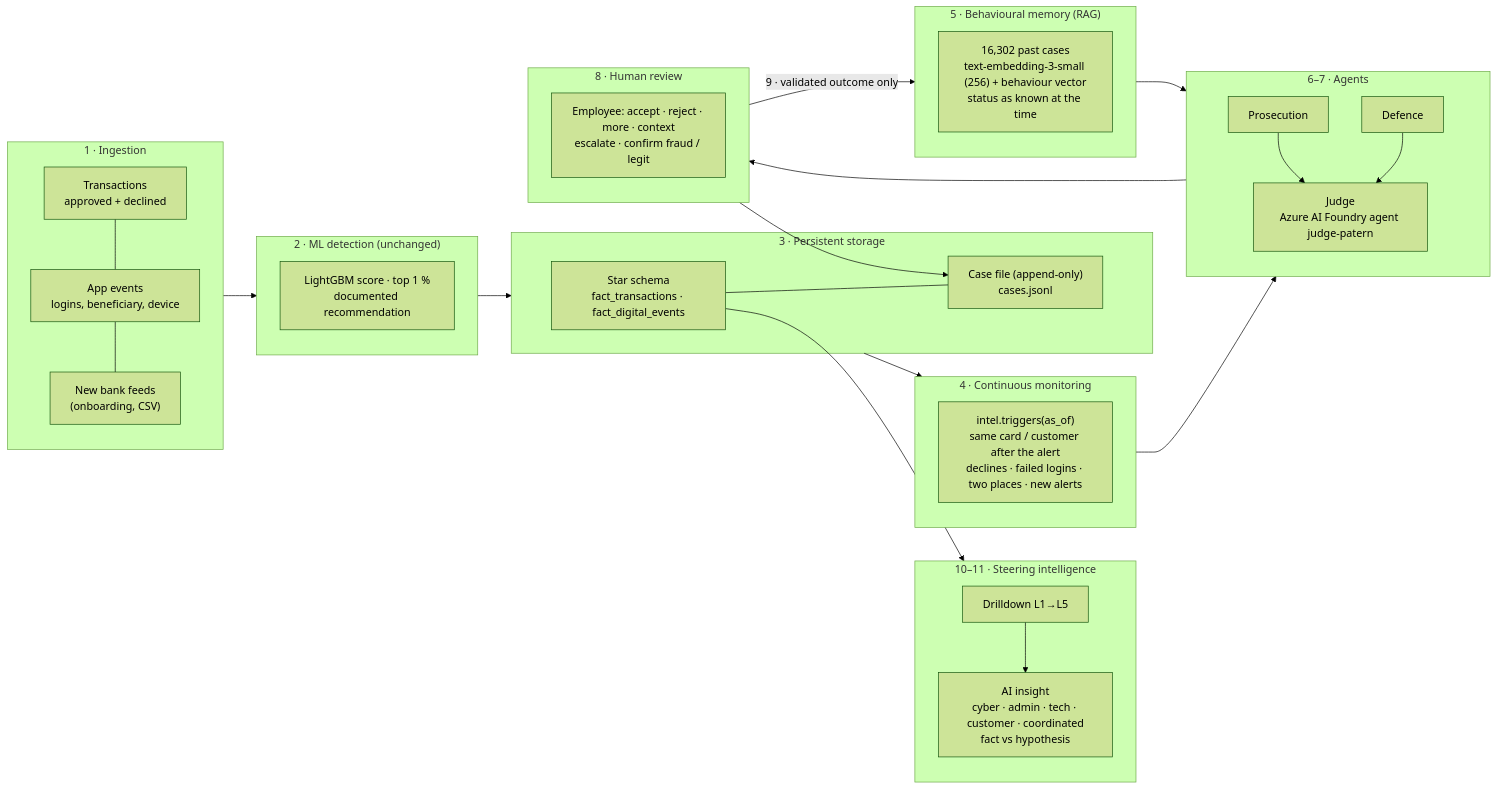
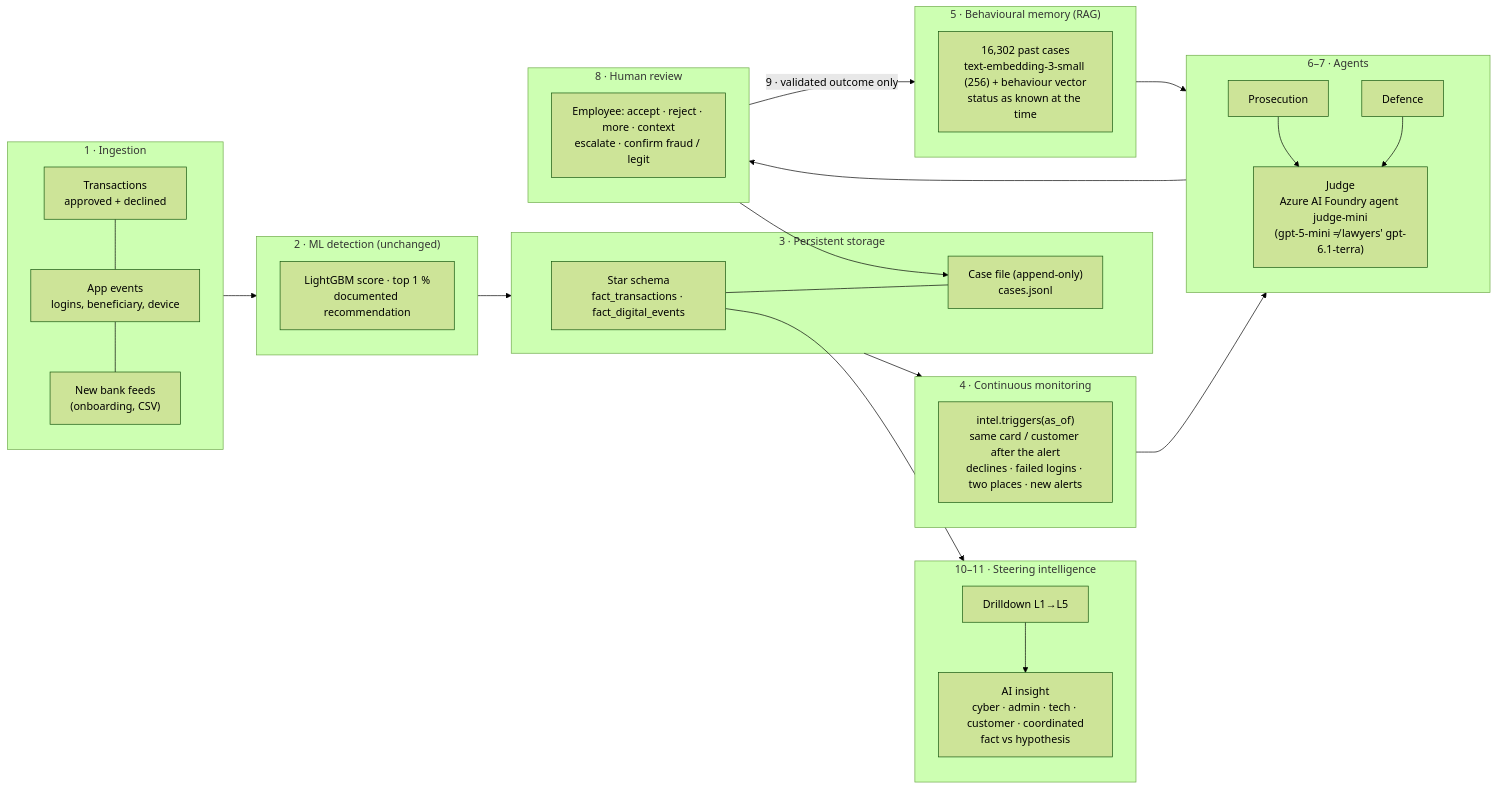
Before and after one commit to hack-australiaeast-01/hyson-detector: the second of 4 diagrams in docs/ARCHITECTURE.md, drawn with Mermaid (forest theme). The commit also changed other lines of this file and 9 other files, not shown here.

Commit message:
Judges on a different model from the lawyers: case page judged by Foundry agent judge-mini (gpt-5-mini) while gpt-6.1-terra argues; Le Proces judged by judge-patern (gpt-6.1-terra) while gpt-5-mini argues; cross-model fallbacks; judge decision codes normalised; demo trials re-warmed; 2 tests

````diff
--- a/docs/ARCHITECTURE.md
+++ b/docs/ARCHITECTURE.md
@@ -246,33 +246,33 @@
 ```mermaid
 flowchart LR
     subgraph IN["1 · Ingestion"]
         TX["Transactions<br/>approved + declined"] --- EV["App events<br/>logins, beneficiary, device"] --- NB["New bank feeds<br/>(onboarding, CSV)"]
     end
     subgraph ML["2 · ML detection (unchanged)"]
         SC["LightGBM score · top 1 %<br/>documented recommendation"]
     end
     subgraph ST["3 · Persistent storage"]
         STAR["Star schema<br/>fact_transactions · fact_digital_events"] --- CASES["Case file (append-only)<br/>cases.jsonl"]
     end
     subgraph MON["4 · Continuous monitoring"]
         TRIG["intel.triggers(as_of)<br/>same card / customer after the alert<br/>declines · failed logins · two places · new alerts"]
     end
     subgraph RAG["5 · Behavioural memory (RAG)"]
         MEM["16,302 past cases<br/>text-embedding-3-small (256) + behaviour vector<br/>status as known at the time"]
     end
     subgraph AG["6–7 · Agents"]
-        P["Prosecution"] --> J["Judge<br/>Azure AI Foundry agent judge-patern"]
+        P["Prosecution"] --> J["Judge<br/>Azure AI Foundry agent judge-mini<br/>(gpt-5-mini ≠ lawyers' gpt-6.1-terra)"]
         D["Defence"] --> J
     end
     subgraph HU["8 · Human review"]
         E["Employee: accept · reject · more · context<br/>escalate · confirm fraud / legit"]
     end
     subgraph KPI["10–11 · Steering intelligence"]
         DR["Drilldown L1→L5"] --> AI["AI insight<br/>cyber · admin · tech · customer · coordinated<br/>fact vs hypothesis"]
     end
     IN --> ML --> ST --> MON --> AG
     RAG --> AG
     AG --> HU --> CASES
     HU -->|"9 · validated outcome only"| RAG
     STAR --> KPI
 ```
````
